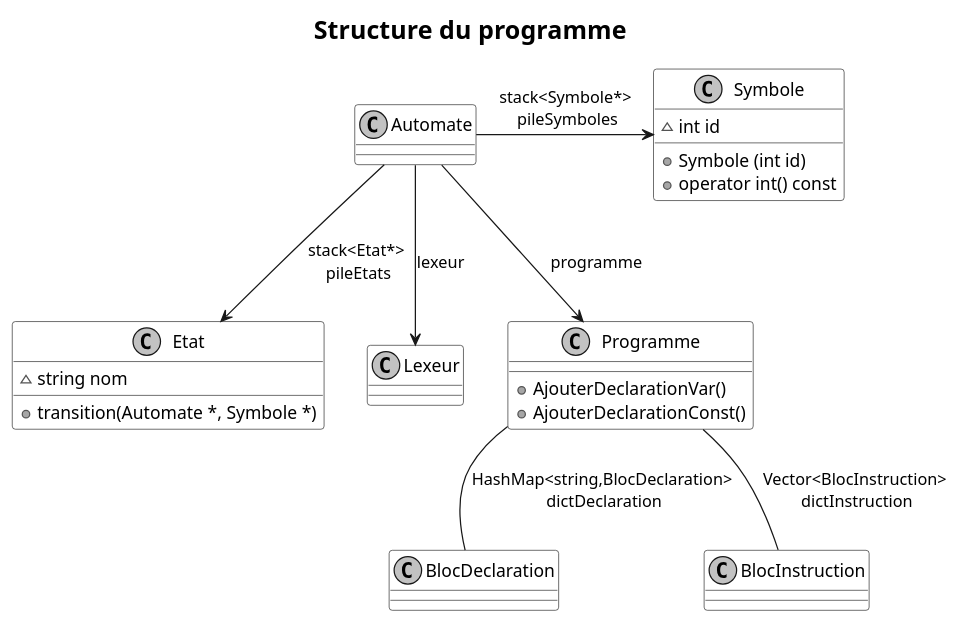
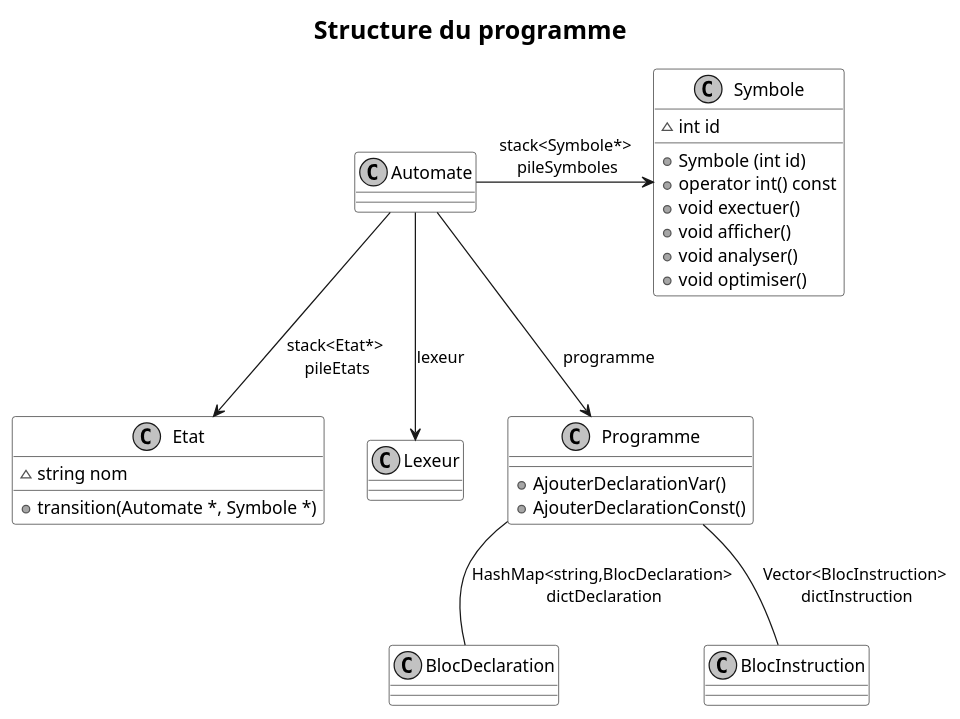
One commit to 0xnome/lutin changed the diagram in doc/structure.puml. Above: the diagram before and after it, drawn with PlantUML. The commit also changed 2 other files, not shown here.

Commit message:
maj du diagramme de classe pour la classe symbole

```diff
--- a/doc/structure.puml
+++ b/doc/structure.puml
@@ -1,54 +1,58 @@
 @startuml
 skinparam monochrome true
 skinparam shadowing false
 skinparam TitleFontSize 20
 skinparam sequenceTitleFontSize 20
 skinparam sequenceTitleFontStyle plain
 
 skinparam class {
 	BackgroundColor white
 	BackgroundColor<<Warning>> lightblue
 }
 
 title Structure du programme
 
 class Symbole{
 	~int id
 	+Symbole (int id)
 	+operator int() const
+	+void exectuer()
+	+void afficher()
+	+void analyser()
+	+void optimiser()
 }
 
 class Automate{
 
 }
 
 Automate -> Symbole : stack<Symbole*>\n pileSymboles
 Automate --> Etat : stack<Etat*>\n pileEtats
 Automate --> Lexeur : lexeur
 Automate --> Programme : programme
 
 class Etat{
     ~string nom
     +transition(Automate *, Symbole *)
 }
 
 class Programme{
 
  +AjouterDeclarationVar()
  +AjouterDeclarationConst()
 
 }
 
 Programme -- BlocDeclaration : HashMap<string,BlocDeclaration>\n dictDeclaration
 Programme -- BlocInstruction : Vector<BlocInstruction>\n dictInstruction
 
 
 
 
 
 
 class Lexeur{
 
 }
 
 @enduml
```
